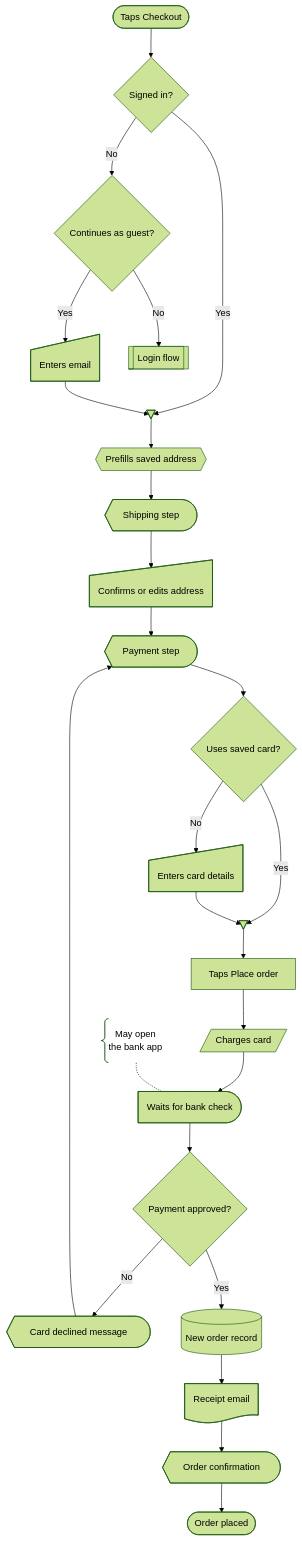
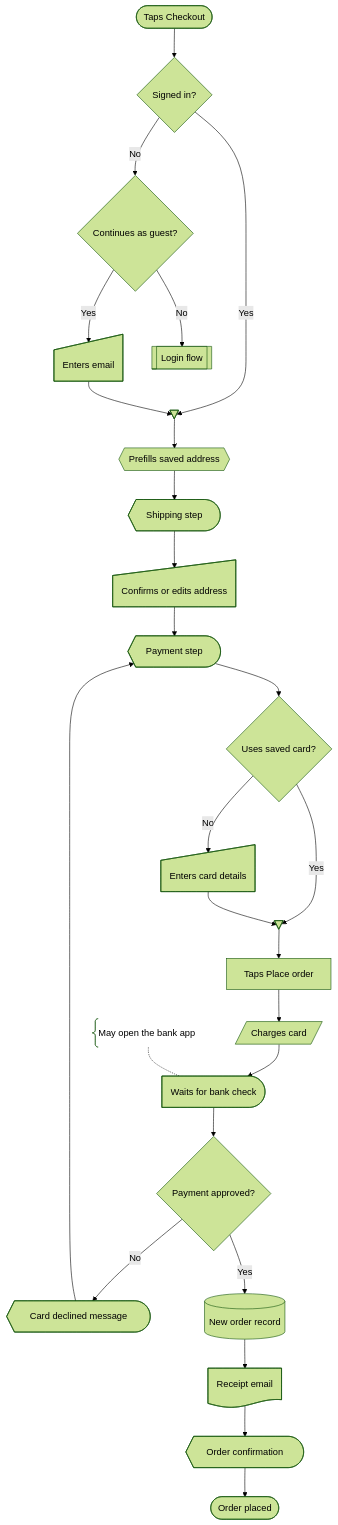
The third of 4 diagrams in references/diagrams.md (yoursharif/mermaid-userflow-diagram), drawn with Mermaid (forest theme) before and after one commit. The commit also changed 5 other files, not shown here.

````diff
--- a/references/diagrams.md
+++ b/references/diagrams.md
@@ -75,52 +75,52 @@
 ```mermaid
 flowchart TD
   startCart@{ shape: stadium, label: "Taps Checkout" }
   decSignedIn@{ shape: diam, label: "Signed in?" }
   decGuest@{ shape: diam, label: "Continues as guest?" }
   inGuestEmail@{ shape: sl-rect, label: "Enters email" }
   subLogin@{ shape: fr-rect, label: "Login flow" }
   mergeAuth@{ shape: flip-tri, label: " " }
   prepAddress@{ shape: hex, label: "Prefills saved address" }
   scrShipping@{ shape: curv-trap, label: "Shipping step" }
   inAddress@{ shape: sl-rect, label: "Confirms or edits address" }
   scrPayment@{ shape: curv-trap, label: "Payment step" }
   decSavedCard@{ shape: diam, label: "Uses saved card?" }
   inCard@{ shape: sl-rect, label: "Enters card details" }
   mergeCard@{ shape: flip-tri, label: " " }
   actPlace@{ shape: rect, label: "Taps Place order" }
   ioCharge@{ shape: lean-r, label: "Charges card" }
   waitBank@{ shape: delay, label: "Waits for bank check" }
-  noteBank@{ shape: brace, label: "May open<br>the bank app" }
+  noteBank@{ shape: brace, label: "May open the bank app" }
   decPaid@{ shape: diam, label: "Payment approved?" }
   scrDeclined@{ shape: curv-trap, label: "Card declined message" }
   dbOrder@{ shape: cyl, label: "New order record" }
   docReceipt@{ shape: doc, label: "Receipt email" }
   scrConfirm@{ shape: curv-trap, label: "Order confirmation" }
   exitPlaced@{ shape: stadium, label: "Order placed" }
 
   startCart --> decSignedIn
   decSignedIn -->|Yes| mergeAuth
   decSignedIn -->|No| decGuest
   decGuest -->|Yes| inGuestEmail
   decGuest -->|No| subLogin
   inGuestEmail --> mergeAuth
   mergeAuth --> prepAddress
   prepAddress --> scrShipping
   scrShipping --> inAddress
   inAddress --> scrPayment
   scrPayment --> decSavedCard
   decSavedCard -->|Yes| mergeCard
   decSavedCard -->|No| inCard
   inCard --> mergeCard
   mergeCard --> actPlace
   actPlace --> ioCharge
   ioCharge --> waitBank
   waitBank --> decPaid
   noteBank -.- waitBank
   decPaid -->|No| scrDeclined
   decPaid -->|Yes| dbOrder
   scrDeclined --> scrPayment
   dbOrder --> docReceipt
   docReceipt --> scrConfirm
   scrConfirm --> exitPlaced
 ```
````
